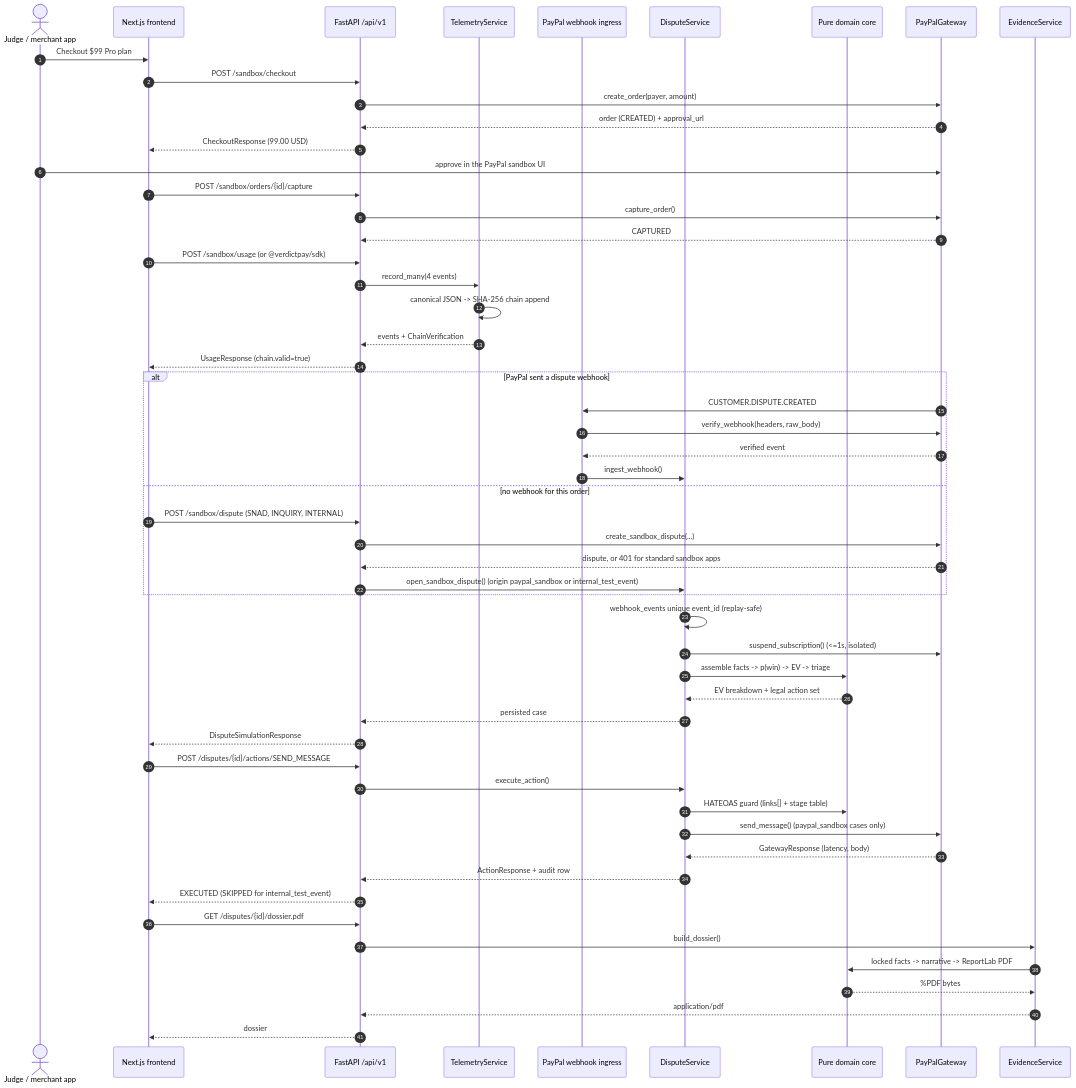
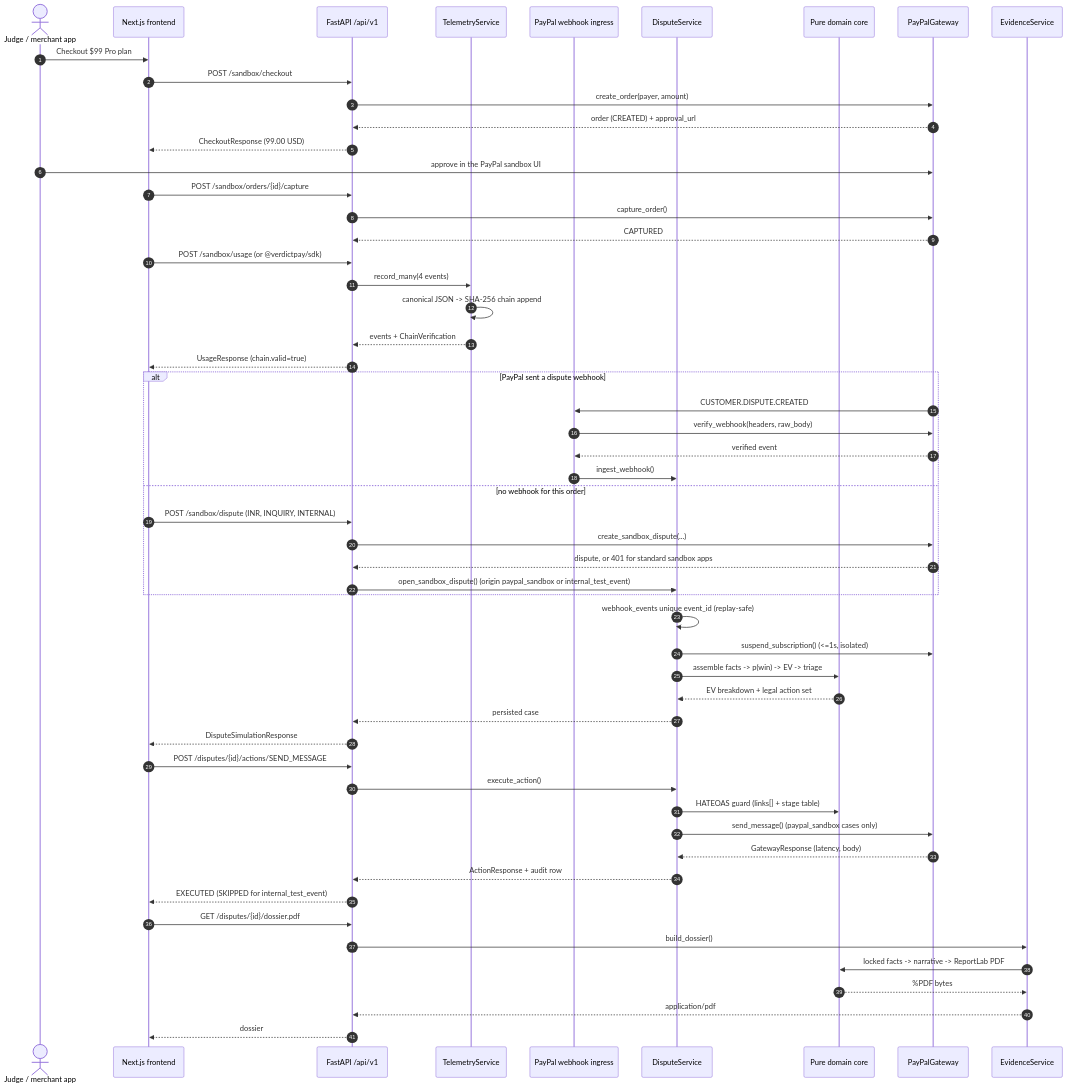
Before and after one commit to Divyanshu-kumar14/Verdict-Pay: the first of 2 diagrams in docs/architecture.md, drawn with Mermaid. The commit also changed 9 other files, not shown here.

````diff
--- a/docs/architecture.md
+++ b/docs/architecture.md
@@ -53,62 +53,62 @@
 ```mermaid
 sequenceDiagram
     autonumber
     actor Judge as Judge / merchant app
     participant Web as Next.js frontend
     participant API as FastAPI /api/v1
     participant Ledger as TelemetryService
     participant Hook as PayPal webhook ingress
     participant Case as DisputeService
     participant Domain as Pure domain core
     participant PP as PayPalGateway
     participant Evidence as EvidenceService
 
     Judge->>Web: Checkout $99 Pro plan
     Web->>API: POST /sandbox/checkout
     API->>PP: create_order(payer, amount)
     PP-->>API: order (CREATED) + approval_url
     API-->>Web: CheckoutResponse (99.00 USD)
     Judge->>PP: approve in the PayPal sandbox UI
     Web->>API: POST /sandbox/orders/{id}/capture
     API->>PP: capture_order()
     PP-->>API: CAPTURED
 
     Web->>API: POST /sandbox/usage (or @verdictpay/sdk)
     API->>Ledger: record_many(4 events)
     Ledger->>Ledger: canonical JSON -> SHA-256 chain append
     Ledger-->>API: events + ChainVerification
     API-->>Web: UsageResponse (chain.valid=true)
 
     alt PayPal sent a dispute webhook
         PP->>Hook: CUSTOMER.DISPUTE.CREATED
         Hook->>PP: verify_webhook(headers, raw_body)
         PP-->>Hook: verified event
         Hook->>Case: ingest_webhook()
     else no webhook for this order
-        Web->>API: POST /sandbox/dispute (SNAD, INQUIRY, INTERNAL)
+        Web->>API: POST /sandbox/dispute (INR, INQUIRY, INTERNAL)
         API->>PP: create_sandbox_dispute(...)
         PP-->>API: dispute, or 401 for standard sandbox apps
         API->>Case: open_sandbox_dispute() (origin paypal_sandbox or internal_test_event)
     end
     Case->>Case: webhook_events unique event_id (replay-safe)
     Case->>PP: suspend_subscription() (<=1s, isolated)
     Case->>Domain: assemble facts -> p(win) -> EV -> triage
     Domain-->>Case: EV breakdown + legal action set
     Case-->>API: persisted case
     API-->>Web: DisputeSimulationResponse
 
     Web->>API: POST /disputes/{id}/actions/SEND_MESSAGE
     API->>Case: execute_action()
     Case->>Domain: HATEOAS guard (links[] + stage table)
     Case->>PP: send_message() (paypal_sandbox cases only)
     PP-->>Case: GatewayResponse (latency, body)
     Case-->>API: ActionResponse + audit row
     API-->>Web: EXECUTED (SKIPPED for internal_test_event)
 
     Web->>API: GET /disputes/{id}/dossier.pdf
     API->>Evidence: build_dossier()
     Evidence->>Domain: locked facts -> narrative -> ReportLab PDF
     Domain-->>Evidence: %PDF bytes
     Evidence-->>API: application/pdf
     API-->>Web: dossier
 ```
````
